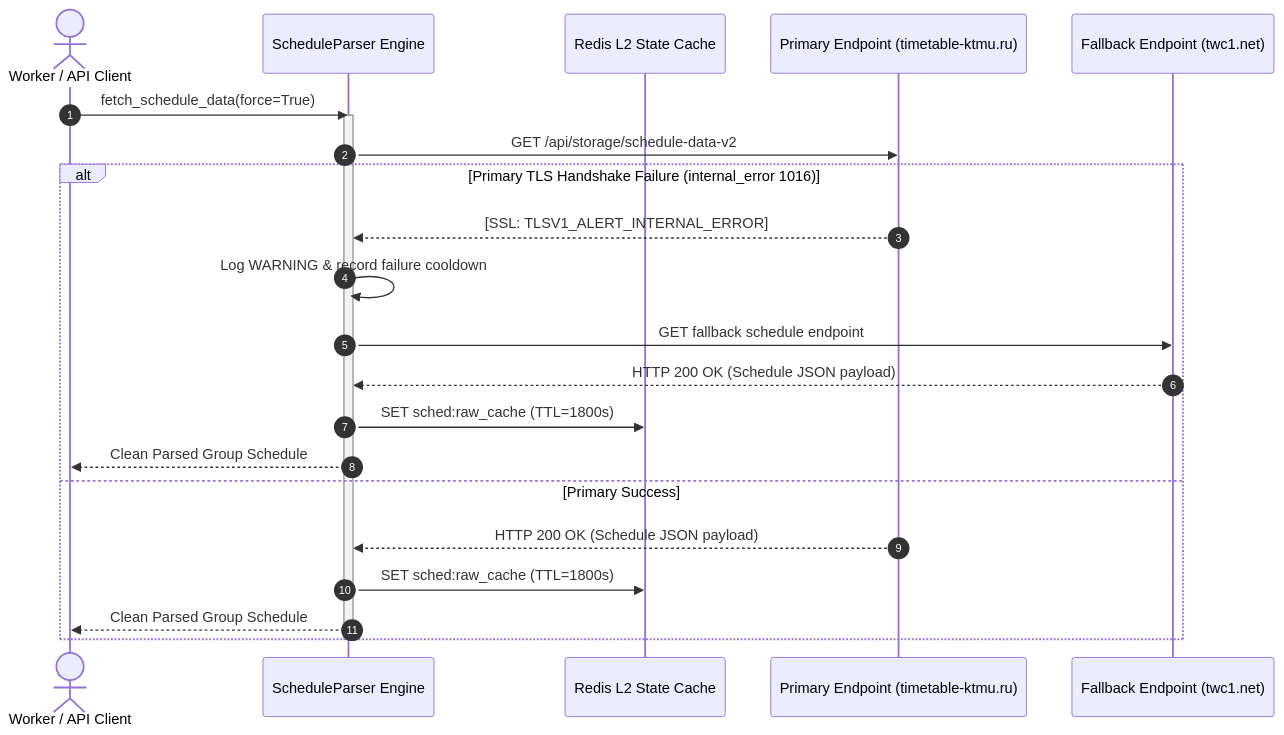
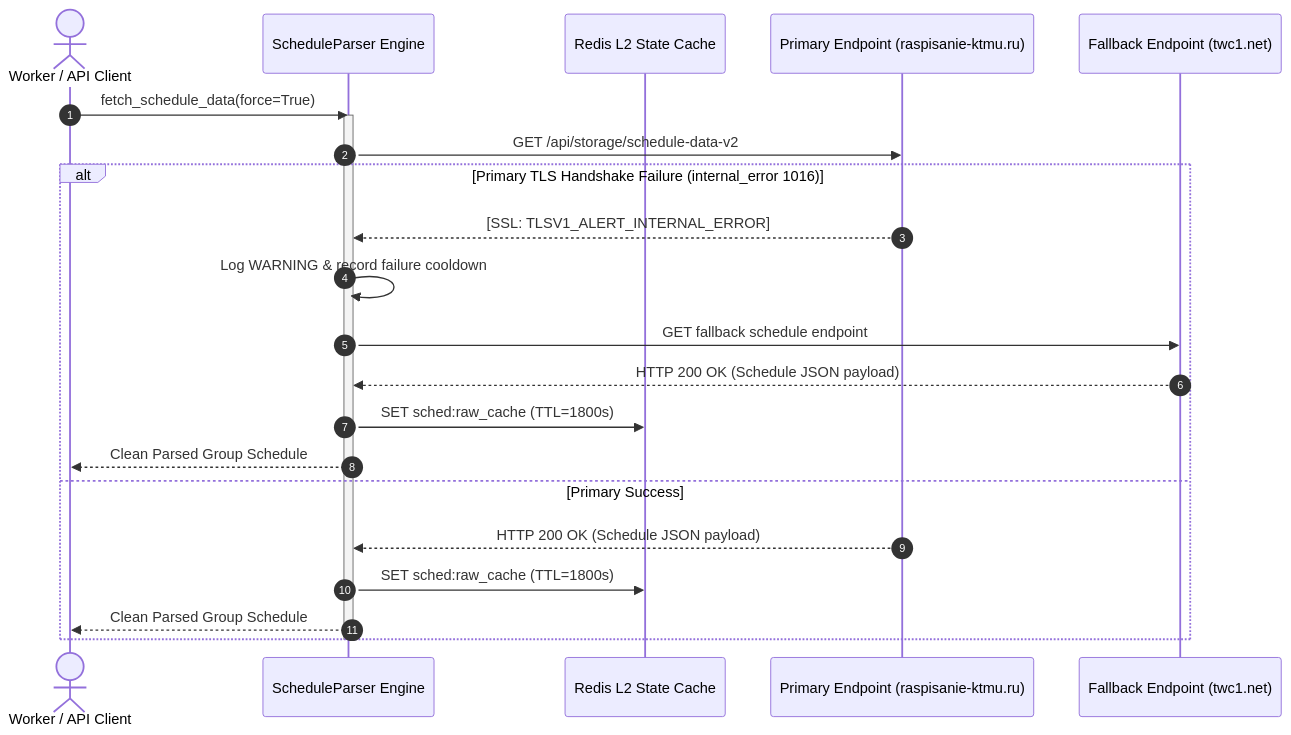
Before and after one commit to Utkautka1/para: diagram 36 of 51 in docs/UML.md, drawn with Mermaid. The commit also changed other lines of this file and 3 other files, not shown here.

First line of the commit message:
fix(schedule): switch primary schedule API to raspisanie-ktmu.ru

````diff
--- a/docs/UML.md
+++ b/docs/UML.md
@@ -2528,26 +2528,26 @@
 ```mermaid
 sequenceDiagram
     autonumber
     actor Caller as Worker / API Client
     participant Engine as ScheduleParser Engine
     participant Redis as Redis L2 State Cache
-    participant Primary as Primary Endpoint (timetable-ktmu.ru)
+    participant Primary as Primary Endpoint (raspisanie-ktmu.ru)
     participant Fallback as Fallback Endpoint (twc1.net)
 
     Caller->>Engine: fetch_schedule_data(force=True)
     activate Engine
     Engine->>Primary: GET /api/storage/schedule-data-v2
     alt Primary TLS Handshake Failure (internal_error 1016)
         Primary-->>Engine: [SSL: TLSV1_ALERT_INTERNAL_ERROR]
         Engine->>Engine: Log WARNING & record failure cooldown
         Engine->>Fallback: GET fallback schedule endpoint
         Fallback-->>Engine: HTTP 200 OK (Schedule JSON payload)
         Engine->>Redis: SET sched:raw_cache (TTL=1800s)
         Engine-->>Caller: Clean Parsed Group Schedule
     else Primary Success
         Primary-->>Engine: HTTP 200 OK (Schedule JSON payload)
         Engine->>Redis: SET sched:raw_cache (TTL=1800s)
         Engine-->>Caller: Clean Parsed Group Schedule
     end
     deactivate Engine
 ```
````
